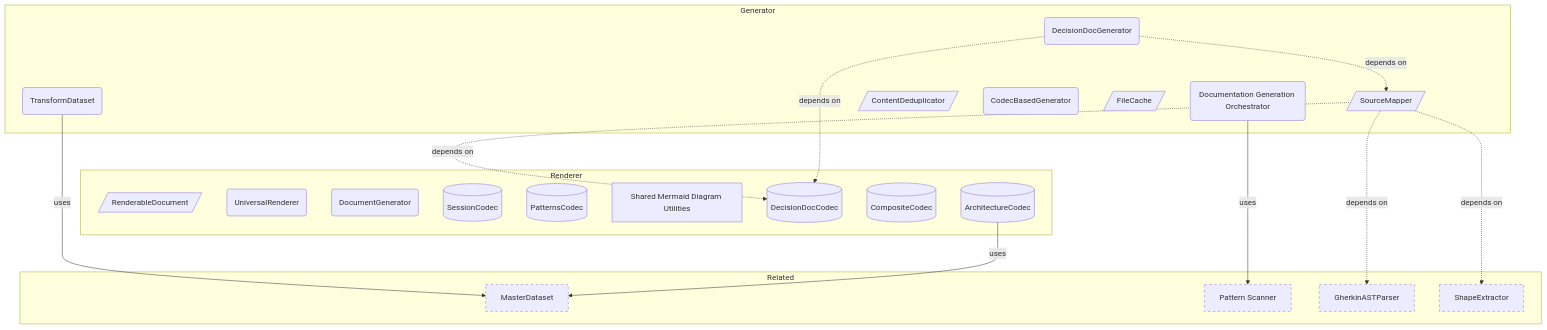
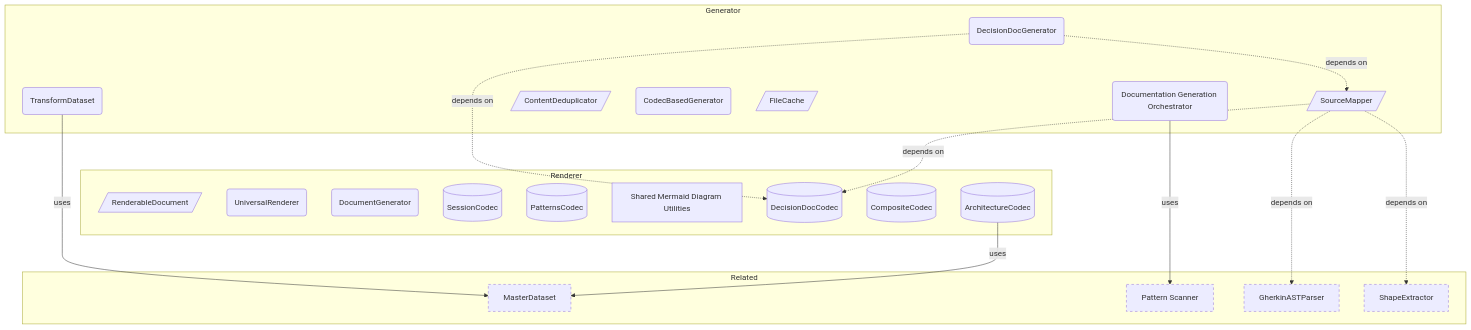
One commit to libar-dev/architect changed the diagram in docs-live/product-areas/GENERATION.md. Above: the diagram before and after it, drawn with Mermaid. The commit also changed other lines of this file and 5 other files, not shown here.

````diff
--- a/docs-live/product-areas/GENERATION.md
+++ b/docs-live/product-areas/GENERATION.md
@@ -22,38 +22,38 @@
 ```mermaid
 graph TB
     subgraph generator["Generator"]
         SourceMapper[/"SourceMapper"/]
         Documentation_Generation_Orchestrator("Documentation Generation Orchestrator")
         ContentDeduplicator[/"ContentDeduplicator"/]
         CodecBasedGenerator("CodecBasedGenerator")
         FileCache[/"FileCache"/]
+        DecisionDocGenerator("DecisionDocGenerator")
         TransformDataset("TransformDataset")
-        DecisionDocGenerator("DecisionDocGenerator")
     end
     subgraph renderer["Renderer"]
         RenderableDocument[/"RenderableDocument"/]
         UniversalRenderer("UniversalRenderer")
         DocumentGenerator("DocumentGenerator")
         SessionCodec[("SessionCodec")]
         PatternsCodec[("PatternsCodec")]
         Shared_Mermaid_Diagram_Utilities["Shared Mermaid Diagram Utilities"]
         DecisionDocCodec[("DecisionDocCodec")]
         CompositeCodec[("CompositeCodec")]
         ArchitectureCodec[("ArchitectureCodec")]
     end
     subgraph related["Related"]
         MasterDataset["MasterDataset"]:::neighbor
         Pattern_Scanner["Pattern Scanner"]:::neighbor
         GherkinASTParser["GherkinASTParser"]:::neighbor
         ShapeExtractor["ShapeExtractor"]:::neighbor
     end
     SourceMapper -.->|depends on| DecisionDocCodec
     SourceMapper -.->|depends on| ShapeExtractor
     SourceMapper -.->|depends on| GherkinASTParser
     Documentation_Generation_Orchestrator -->|uses| Pattern_Scanner
-    TransformDataset -->|uses| MasterDataset
+    ArchitectureCodec -->|uses| MasterDataset
     DecisionDocGenerator -.->|depends on| DecisionDocCodec
     DecisionDocGenerator -.->|depends on| SourceMapper
-    ArchitectureCodec -->|uses| MasterDataset
+    TransformDataset -->|uses| MasterDataset
     classDef neighbor stroke-dasharray: 5 5
 ```
````
